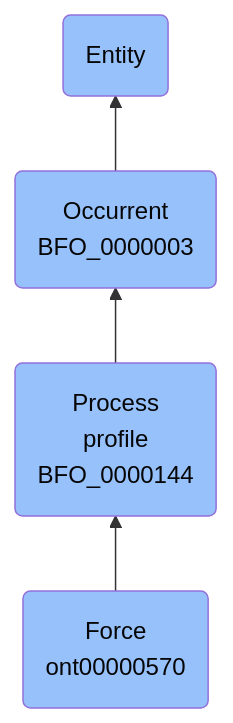
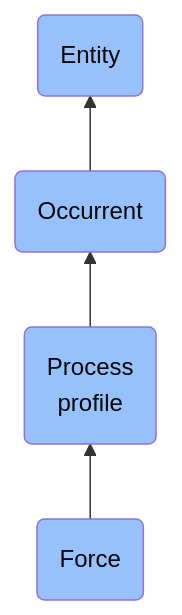
One commit to jupyter-naas/abi changed the diagram in docs/ontology/reference/model/Entity/Occurrent/Process profile/Force/Force.md. Above: the diagram before and after it, drawn with Mermaid. The commit also changed other lines of this file and 1430 other files, not shown here.

````diff
--- a/docs/ontology/reference/model/Entity/Occurrent/Process profile/Force/Force.md
+++ b/docs/ontology/reference/model/Entity/Occurrent/Process profile/Force/Force.md
@@ -24,11 +24,11 @@
 ```mermaid
 graph BT
-    ont00000570(Force<br>ont00000570):::BFO-->BFO_0000144
-    BFO_0000144(Process<br>profile<br>BFO_0000144):::BFO-->BFO_0000003
-    BFO_0000003(Occurrent<br>BFO_0000003):::BFO-->BFO_0000001
+    ont00000570(Force):::BFO-->BFO_0000144
+    BFO_0000144(Process<br>profile):::BFO-->BFO_0000003
+    BFO_0000003(Occurrent):::BFO-->BFO_0000001
     BFO_0000001(Entity):::BFO
     
     classDef BFO fill:#97c1fb,color:#060606
     classDef CCO fill:#e4c51e,color:#060606
     classDef ABI fill:#48DD82,color:#060606
 ```
````
